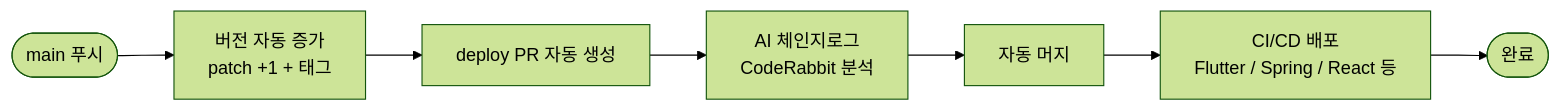
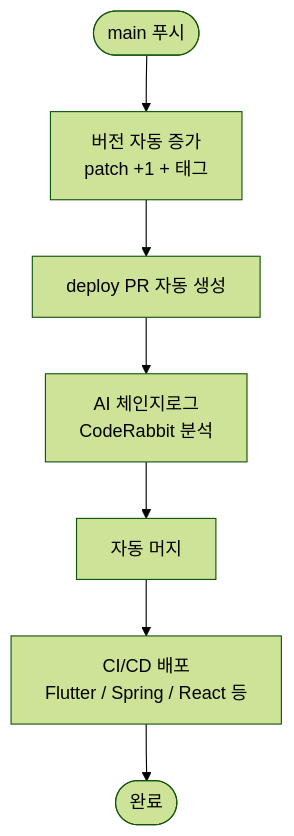
The second of 2 diagrams in README.md (Cassiiopeia/SUH-DEVOPS-TEMPLATE), drawn with Mermaid (forest theme) before and after one commit. The commit also changed other lines of this file, not shown here.

Commit message:
모든 스킬명에 suh- prefix 적용 : fix : README mermaid 다이어그램 LR → TD 변경 (GitHub 렌더링 호환) https://github.com/Cassiiopeia/SUH-DEVOPS-TEMPLATE/issues/299

````diff
--- a/README.md
+++ b/README.md
@@ -66,9 +68,9 @@
 ```mermaid
-flowchart LR
+flowchart TD
     A([main 푸시]) --> B[버전 자동 증가\npatch +1 + 태그]
     B --> C[deploy PR 자동 생성]
     C --> D[AI 체인지로그\nCodeRabbit 분석]
     D --> E[자동 머지]
     E --> F[CI/CD 배포\nFlutter / Spring / React 등]
     F --> G([완료])
 ```
````
